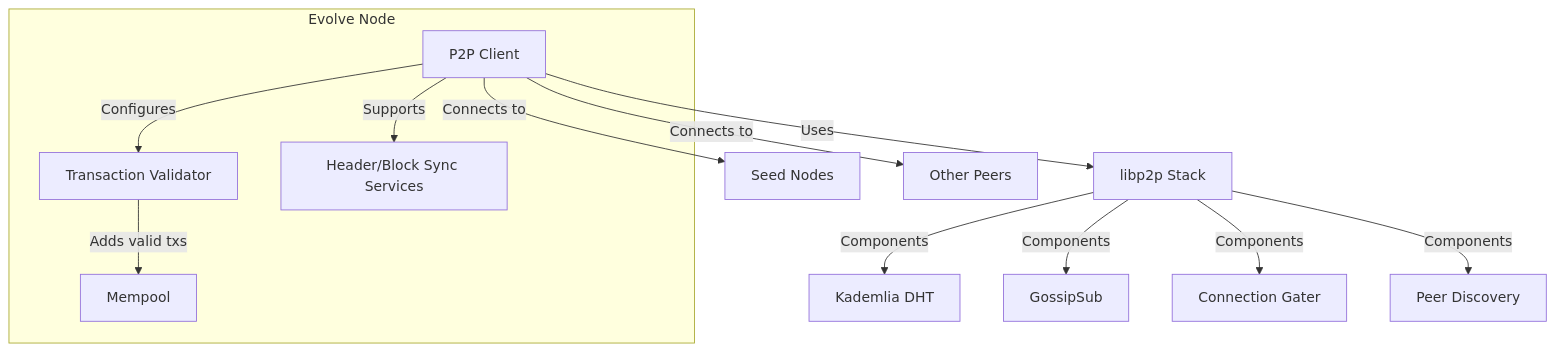
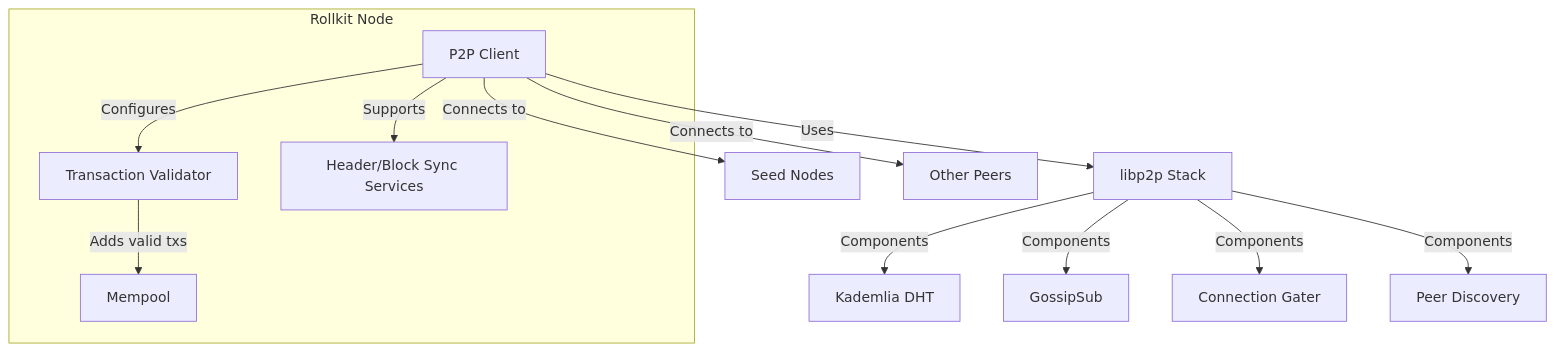
Before and after one commit to celestiaorg/celestia-zkevm: the first of 3 diagrams in devnet/forks/ev-node/pkg/p2p/README.md, drawn with Mermaid. The commit also changed other lines of this file and 493 other files, not shown here.

````diff
--- a/devnet/forks/ev-node/pkg/p2p/README.md
+++ b/devnet/forks/ev-node/pkg/p2p/README.md
@@ -16,22 +16,22 @@
 ```mermaid
 graph TB
-    subgraph "Evolve Node"
+    subgraph "Rollkit Node"
         P2PClient["P2P Client"]
         TxValidator["Transaction Validator"]
         Mempool["Mempool"]
         SyncServices["Header/Block Sync Services"]
     end
 
     P2PClient -- "Uses" --> Libp2p["libp2p Stack"]
     Libp2p -- "Components" --> DHT["Kademlia DHT"]
     Libp2p -- "Components" --> PubSub["GossipSub"]
     Libp2p -- "Components" --> ConnGater["Connection Gater"]
     Libp2p -- "Components" --> PeerDiscovery["Peer Discovery"]
 
     P2PClient -- "Configures" --> TxValidator
     TxValidator -- "Adds valid txs" --> Mempool
     P2PClient -- "Supports" --> SyncServices
 
     P2PClient -- "Connects to" --> SeedNodes["Seed Nodes"]
     P2PClient -- "Connects to" --> OtherPeers["Other Peers"]
 ```
````
